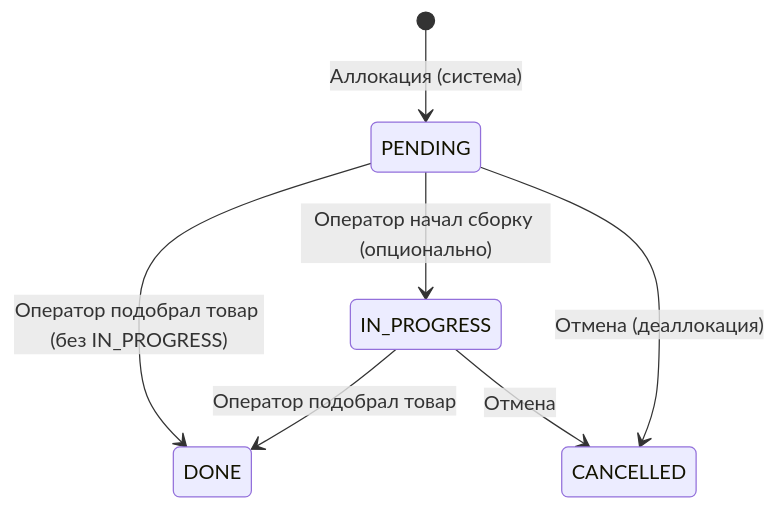
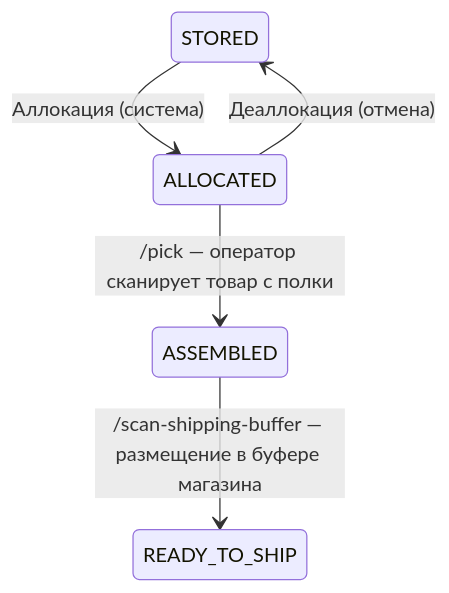
One commit to oglenyaboss/avalanche-wms changed the third of 6 diagrams in docs/flows/assembly-flow.md. Above: the diagram before and after it, drawn with Mermaid. The commit also changed other lines of this file and 1 other file, not shown here.

First line of the commit message:
docs(flows): обновить assembly и shipping под решения встречи по outbound-потоку

````diff
--- a/docs/flows/assembly-flow.md
+++ b/docs/flows/assembly-flow.md
@@ -62,9 +113,7 @@
 ```mermaid
 stateDiagram-v2
-    [*] --> PENDING : Аллокация (система)
-    PENDING --> IN_PROGRESS : Оператор начал сборку (опционально)
-    IN_PROGRESS --> DONE : Оператор подобрал товар
-    PENDING --> DONE : Оператор подобрал товар (без IN_PROGRESS)
-    PENDING --> CANCELLED : Отмена (деаллокация)
-    IN_PROGRESS --> CANCELLED : Отмена
+    STORED --> ALLOCATED : Аллокация (система)
+    ALLOCATED --> ASSEMBLED : /pick — оператор сканирует товар с полки
+    ASSEMBLED --> READY_TO_SHIP : /scan-shipping-buffer — размещение в буфере магазина
+    ALLOCATED --> STORED : Деаллокация (отмена)
 ```
````
